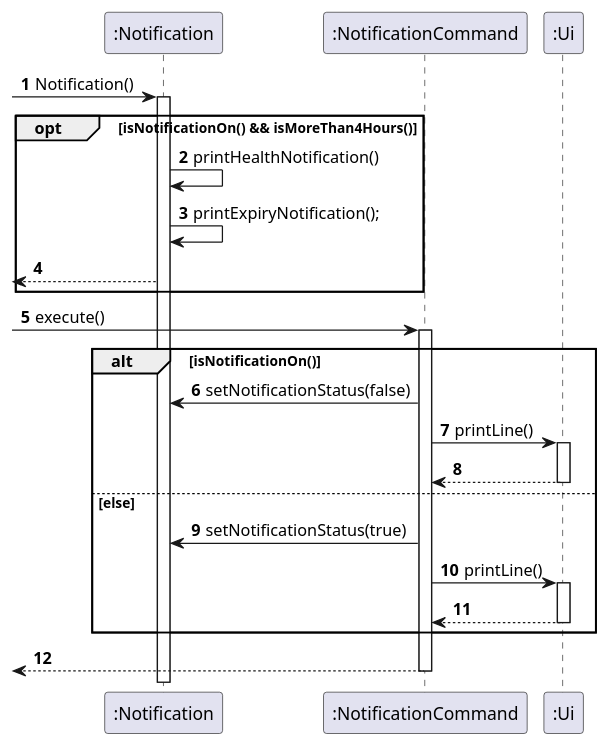
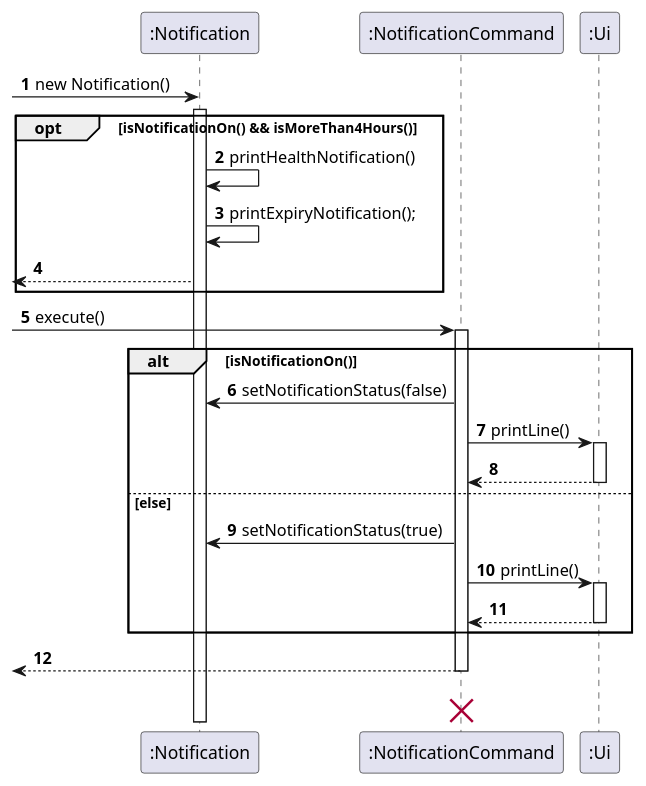
Before and after one commit to uosjapuelks/tp: the diagram in docs/pumlFiles/NotificationSequence.puml, drawn with PlantUML. The commit also changed 3 other files, not shown here.

Commit message:
Change sequence diagrams

```diff
--- a/docs/pumlFiles/NotificationSequence.puml
+++ b/docs/pumlFiles/NotificationSequence.puml
@@ -1,37 +1,41 @@
 @startuml
-'https://plantuml.com/sequence-diagram
+Participant ":Notification" as Notification
+Participant ":NotificationCommand" as NotificationCommand
 
 autonumber
 
--> ":Notification": Notification()
-activate ":Notification"
+create Notification
+-> Notification: new Notification()
+activate Notification
 
     opt isNotificationOn() && isMoreThan4Hours()
-        ":Notification" -> ":Notification": printHealthNotification()
-        ":Notification" -> ":Notification": printExpiryNotification();
-        <-- ":Notification"
+        Notification -> Notification: printHealthNotification()
+        Notification -> Notification: printExpiryNotification();
+        <-- Notification
     end
 
 
--> ":NotificationCommand": execute()
-activate ":NotificationCommand"
+-> NotificationCommand: execute()
+activate NotificationCommand
 
     alt isNotificationOn()
-        ":NotificationCommand" -> ":Notification": setNotificationStatus(false)
-        ":NotificationCommand" -> ":Ui": printLine()
+        NotificationCommand -> Notification: setNotificationStatus(false)
+        NotificationCommand -> ":Ui": printLine()
         activate ":Ui"
-        ":NotificationCommand" <-- ":Ui"
+        NotificationCommand <-- ":Ui"
         deactivate ":Ui"
 
     else else
-            ":NotificationCommand" -> ":Notification": setNotificationStatus(true)
-            ":NotificationCommand" -> ":Ui": printLine()
+            NotificationCommand -> Notification: setNotificationStatus(true)
+            NotificationCommand -> ":Ui": printLine()
             activate ":Ui"
-            ":NotificationCommand" <-- ":Ui"
+            NotificationCommand <-- ":Ui"
             deactivate ":Ui"
 
     end
-    <-- ":NotificationCommand"
-deactivate ":NotificationCommand"
+    <-- NotificationCommand
+deactivate NotificationCommand
+    <-[hidden]- NotificationCommand
+destroy NotificationCommand
 
 @enduml
```
